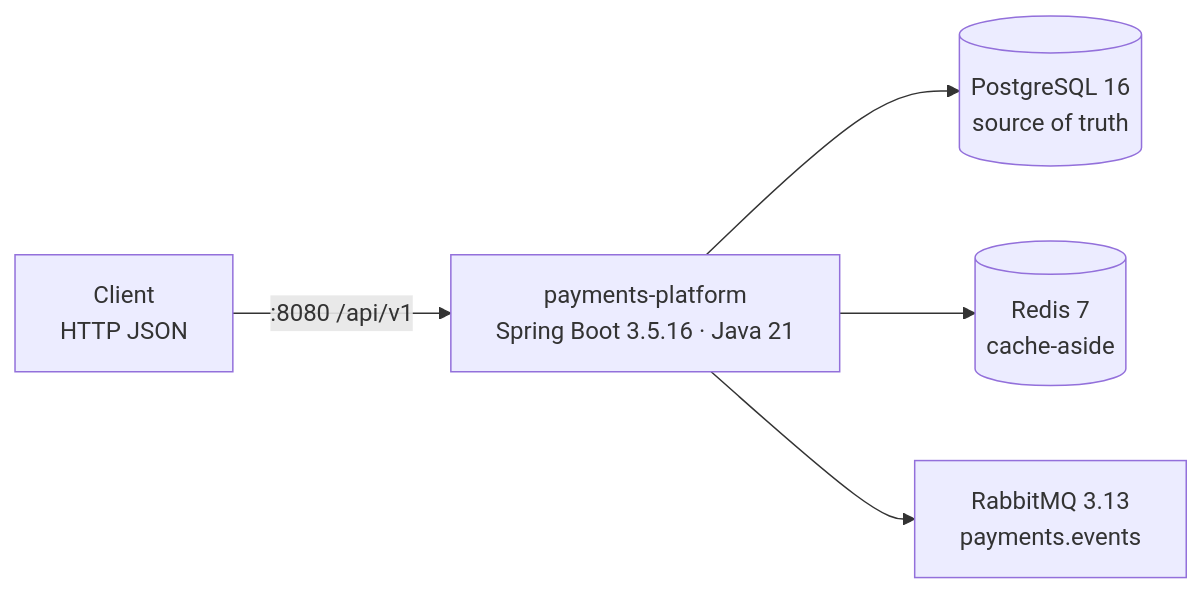
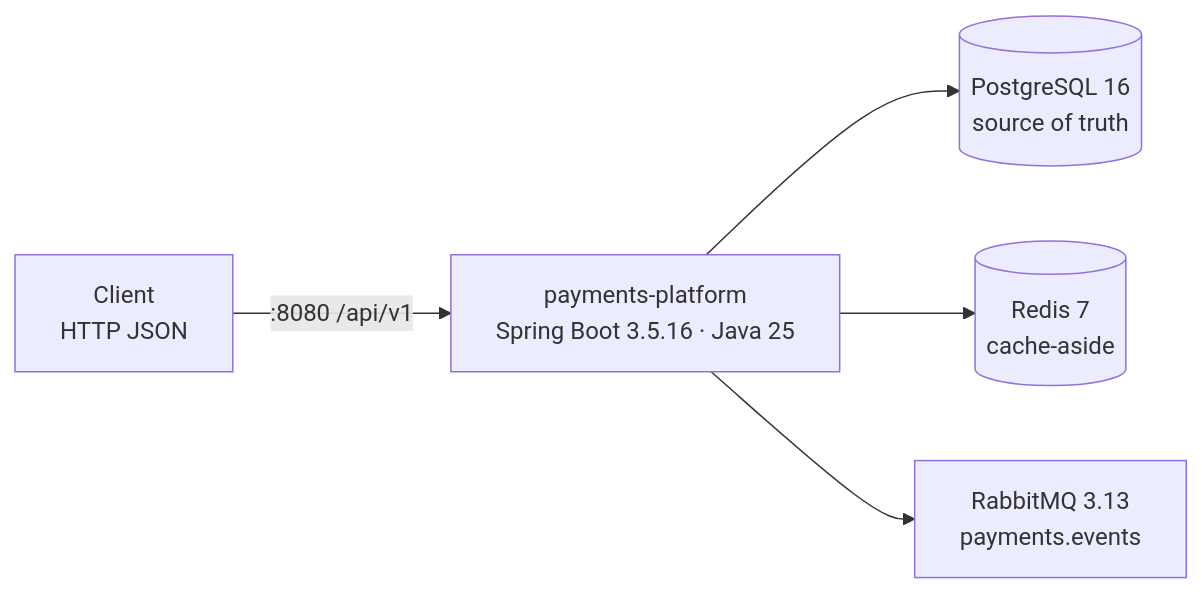
The first of 5 diagrams in docs/architecture.md (Andersonlimahw/java-clean-arch-sample), drawn with Mermaid before and after one commit. The commit also changed other lines of this file and 12 other files, not shown here.

First line of the commit message:
chore: migrate the platform to Java 25 LTS

````diff
--- a/docs/architecture.md
+++ b/docs/architecture.md
@@ -9,7 +9,7 @@
 ```mermaid
 flowchart LR
-    Client["Client<br/>HTTP JSON"] -->|":8080 /api/v1"| API["payments-platform<br/>Spring Boot 3.5.16 · Java 21"]
+    Client["Client<br/>HTTP JSON"] -->|":8080 /api/v1"| API["payments-platform<br/>Spring Boot 3.5.16 · Java 25"]
     API --> PG[("PostgreSQL 16<br/>source of truth")]
     API --> Redis[("Redis 7<br/>cache-aside")]
     API --> MQ["RabbitMQ 3.13<br/>payments.events"]
 ```
````
